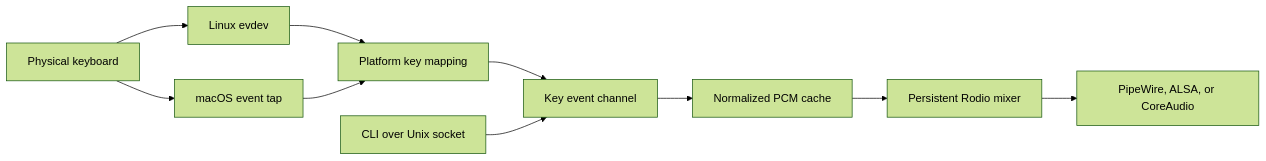
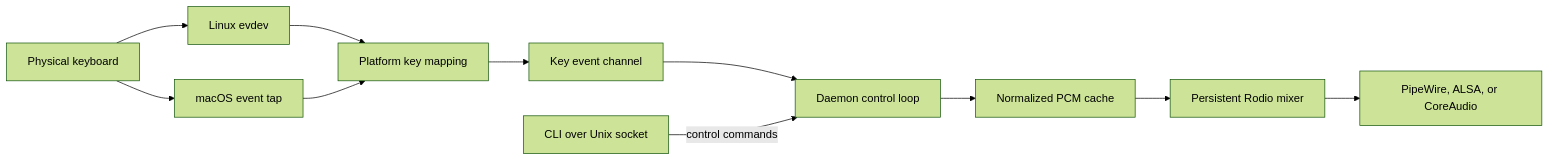
The diagram in README.md (Muneer320/klicky), drawn with Mermaid (forest theme) before and after one commit. The commit also changed other lines of this file and 9 other files, not shown here.

````diff
--- a/README.md
+++ b/README.md
@@ -64,22 +72,24 @@
 ```mermaid
 flowchart LR
     K[Physical keyboard]
     LNX[Linux evdev]
     MAC[macOS event tap]
     MAP[Platform key mapping]
     CH[Key event channel]
+    DAEMON[Daemon control loop]
     CACHE[Normalized PCM cache]
     MIX[Persistent Rodio mixer]
     OUT[PipeWire, ALSA, or CoreAudio]
     IPC[CLI over Unix socket]
 
     K --> LNX
     K --> MAC
     LNX --> MAP
     MAC --> MAP
     MAP --> CH
-    CH --> CACHE
+    CH --> DAEMON
+    IPC -->|control commands| DAEMON
+    DAEMON --> CACHE
     CACHE --> MIX
     MIX --> OUT
-    IPC --> CH
 ```
````
